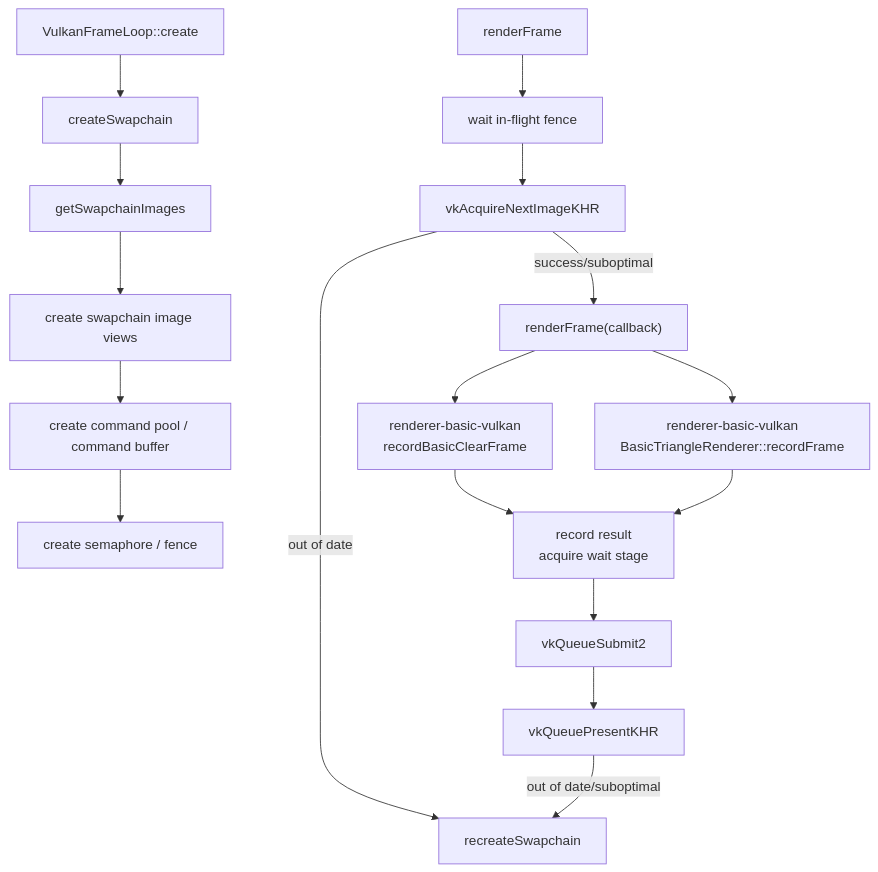
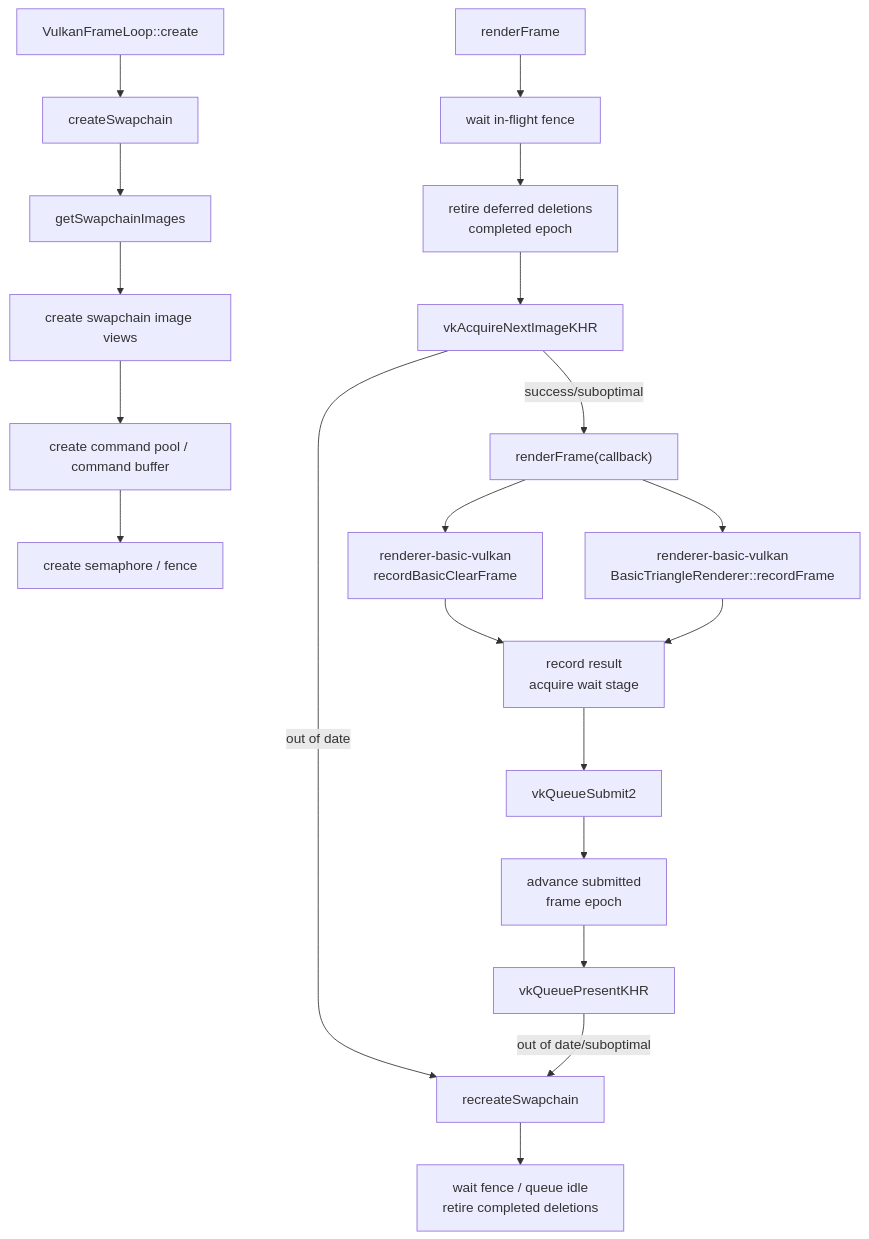
One commit to 66six11/Engine changed the fifth of 14 diagrams in docs/flow-architecture.md. Above: the diagram before and after it, drawn with Mermaid. The commit also changed other lines of this file and 3 other files, not shown here.

Commit message:
feat(rhi-vulkan): wire deferred deletion to frame loop

````diff
--- a/docs/flow-architecture.md
+++ b/docs/flow-architecture.md
@@ -271,26 +277,29 @@
 ```mermaid
 flowchart TD
     Create["VulkanFrameLoop::create"]
     Swapchain["createSwapchain"]
     Images["getSwapchainImages"]
     Views["create swapchain image views"]
     Cmd["create command pool / command buffer"]
     Sync["create semaphore / fence"]
     Render["renderFrame"]
     Wait["wait in-flight fence"]
+    Retire["retire deferred deletions<br/>completed epoch"]
     Acquire["vkAcquireNextImageKHR"]
     Record["renderFrame(callback)"]
     GraphClear["renderer-basic-vulkan<br/>recordBasicClearFrame"]
     Triangle["renderer-basic-vulkan<br/>BasicTriangleRenderer::recordFrame"]
     WaitStage["record result<br/>acquire wait stage"]
     Submit["vkQueueSubmit2"]
+    AdvanceEpoch["advance submitted<br/>frame epoch"]
     Present["vkQueuePresentKHR"]
     Recreate["recreateSwapchain"]
+    RecreateRetire["wait fence / queue idle<br/>retire completed deletions"]
 
     Create --> Swapchain --> Images --> Views --> Cmd --> Sync
-    Render --> Wait --> Acquire
-    Acquire -->|success/suboptimal| Record --> GraphClear --> WaitStage --> Submit --> Present
+    Render --> Wait --> Retire --> Acquire
+    Acquire -->|success/suboptimal| Record --> GraphClear --> WaitStage --> Submit --> AdvanceEpoch --> Present
     Record --> Triangle --> WaitStage
-    Acquire -->|out of date| Recreate
+    Acquire -->|out of date| Recreate --> RecreateRetire
     Present -->|out of date/suboptimal| Recreate
 ```
````
